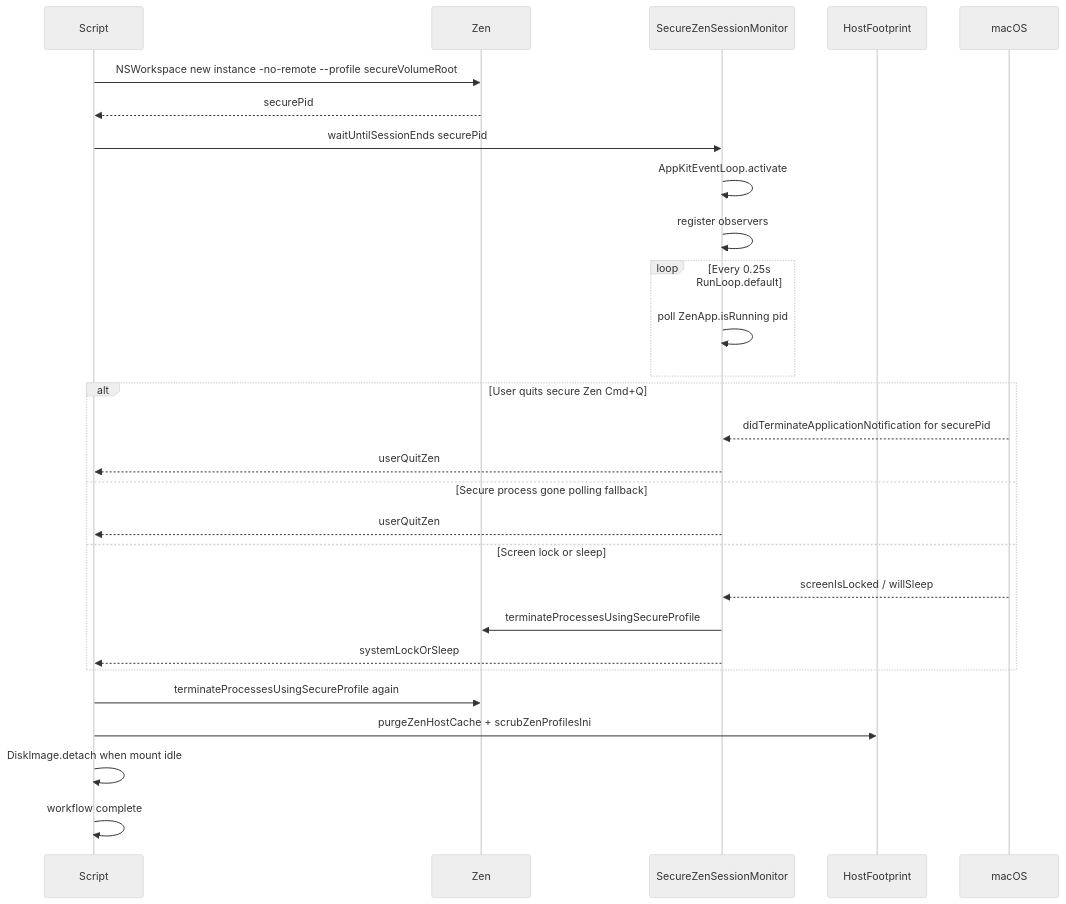
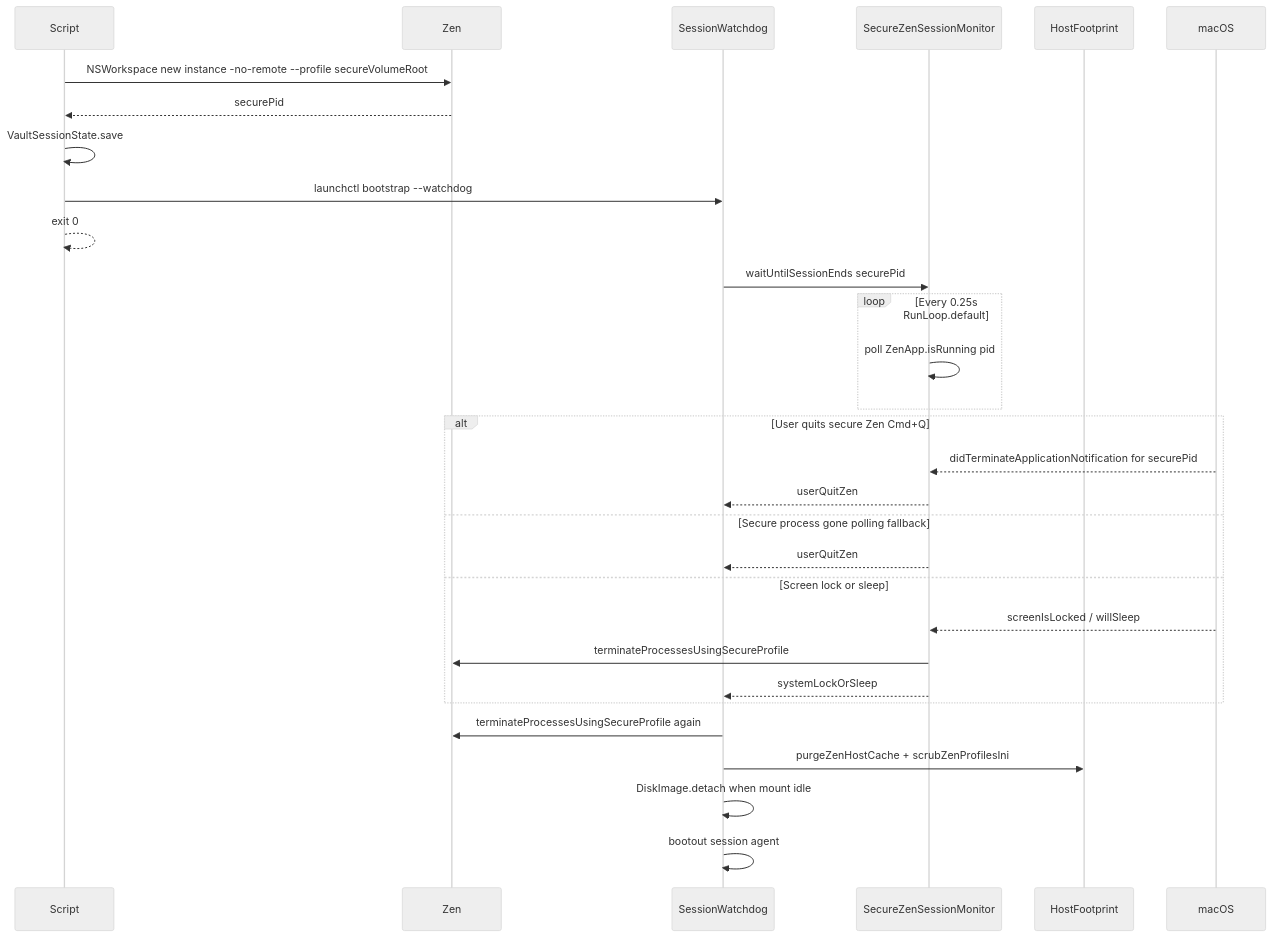
The third of 6 diagrams in პროფილი/README.md (Johann-Goncalves-Pereira/Raycast), drawn with Mermaid (neutral theme) before and after one commit. The commit also changed other lines of this file and 17 other files, not shown here.

First line of the commit message:
Fix 🔒: Harden encrypted Zen vault and Omnibar Zen focus (#21)

````diff
--- a/პროფილი/README.md
+++ b/პროფილი/README.md
@@ -99,34 +101,36 @@
 ```mermaid
 sequenceDiagram
     participant Script
     participant Zen
+    participant Agent as SessionWatchdog
     participant Monitor as SecureZenSessionMonitor
     participant Footprint as HostFootprint
     participant macOS
 
     Script->>Zen: NSWorkspace new instance -no-remote --profile secureVolumeRoot
     Zen-->>Script: securePid
-    Script->>Monitor: waitUntilSessionEnds securePid
-    Monitor->>Monitor: AppKitEventLoop.activate
-    Monitor->>Monitor: register observers
+    Script->>Script: VaultSessionState.save
+    Script->>Agent: launchctl bootstrap --watchdog
+    Script-->>Script: exit 0
+    Agent->>Monitor: waitUntilSessionEnds securePid
 
     loop Every 0.25s RunLoop.default
         Monitor->>Monitor: poll ZenApp.isRunning pid
     end
 
     alt User quits secure Zen Cmd+Q
         macOS-->>Monitor: didTerminateApplicationNotification for securePid
-        Monitor-->>Script: userQuitZen
+        Monitor-->>Agent: userQuitZen
     else Secure process gone polling fallback
-        Monitor-->>Script: userQuitZen
+        Monitor-->>Agent: userQuitZen
     else Screen lock or sleep
         macOS-->>Monitor: screenIsLocked / willSleep
         Monitor->>Zen: terminateProcessesUsingSecureProfile
-        Monitor-->>Script: systemLockOrSleep
+        Monitor-->>Agent: systemLockOrSleep
     end
 
-    Script->>Zen: terminateProcessesUsingSecureProfile again
-    Script->>Footprint: purgeZenHostCache + scrubZenProfilesIni
-    Script->>Script: DiskImage.detach when mount idle
-    Script->>Script: workflow complete
+    Agent->>Zen: terminateProcessesUsingSecureProfile again
+    Agent->>Footprint: purgeZenHostCache + scrubZenProfilesIni
+    Agent->>Agent: DiskImage.detach when mount idle
+    Agent->>Agent: bootout session agent
 ```
````
